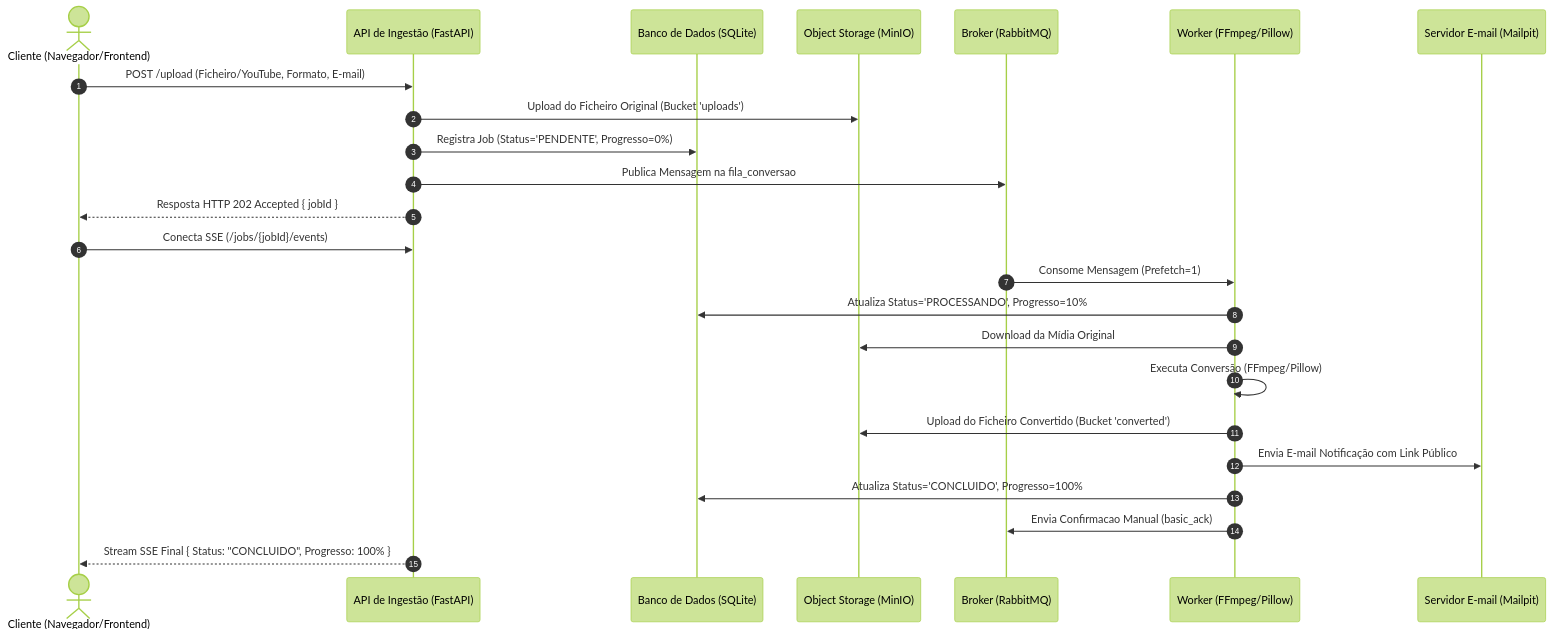
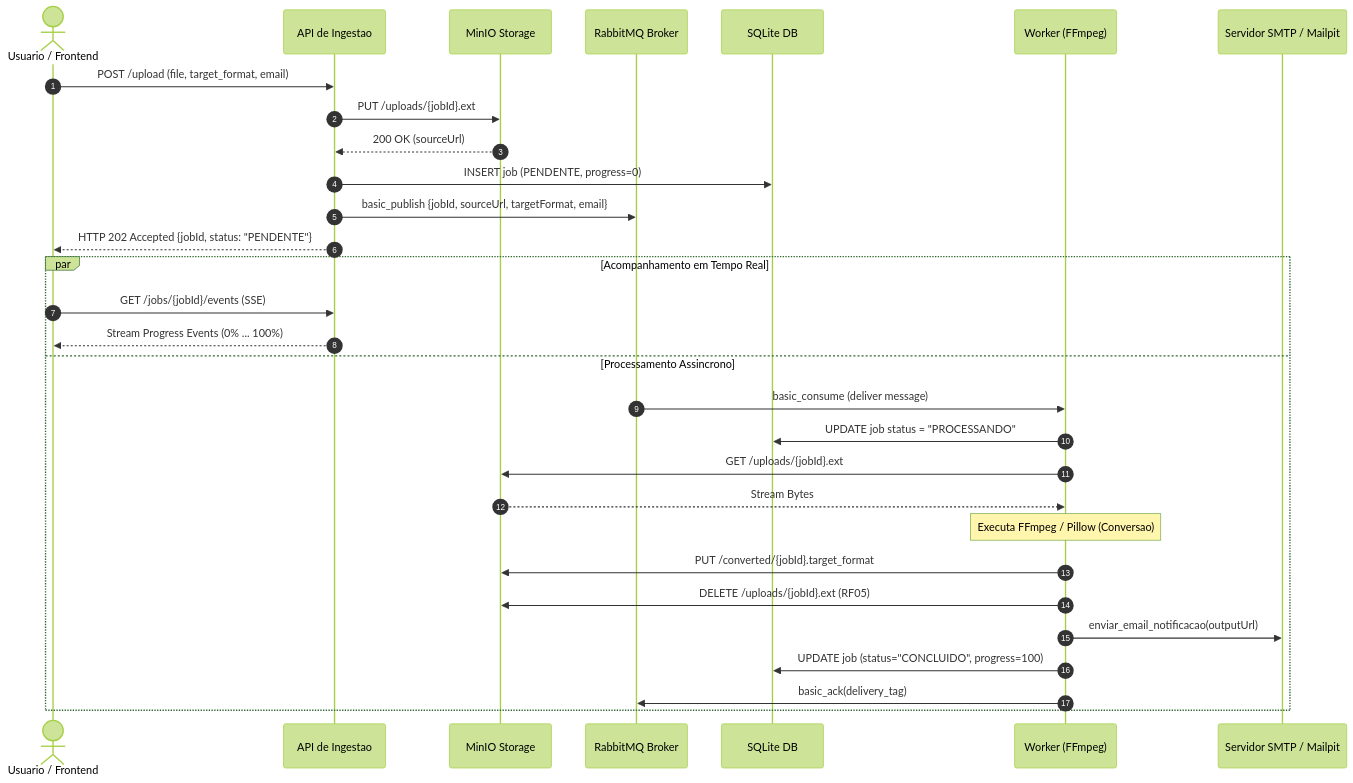
One commit to Igomes11/Conversor-de-Midia changed the second of 2 diagrams in README.md. Above: the diagram before and after it, drawn with Mermaid (forest theme). The commit also changed other lines of this file, not shown here.

````diff
--- a/README.md
+++ b/README.md
@@ -175,30 +68,36 @@
 ```mermaid
 sequenceDiagram
     autonumber
-    actor Cliente as Cliente (Navegador/Frontend)
-    participant API as API de Ingestão (FastAPI)
-    participant DB as Banco de Dados (SQLite)
-    participant MinIO as Object Storage (MinIO)
-    participant RabbitMQ as Broker (RabbitMQ)
-    participant Worker as Worker (FFmpeg/Pillow)
-    participant Mailpit as Servidor E-mail (Mailpit)
+    actor User as Usuario / Frontend
+    participant API as API de Ingestao
+    participant MinIO as MinIO Storage
+    participant RabbitMQ as RabbitMQ Broker
+    participant DB as SQLite DB
+    participant Worker as Worker (FFmpeg)
+    participant SMTP as Servidor SMTP / Mailpit
 
-    Cliente->>API: POST /upload (Ficheiro/YouTube, Formato, E-mail)
-    API->>MinIO: Upload do Ficheiro Original (Bucket 'uploads')
-    API->>DB: Registra Job (Status='PENDENTE', Progresso=0%)
-    API->>RabbitMQ: Publica Mensagem na fila_conversao
-    API-->>Cliente: Resposta HTTP 202 Accepted { jobId }
-    
-    Cliente->>API: Conecta SSE (/jobs/{jobId}/events)
-    
-    RabbitMQ->>Worker: Consome Mensagem (Prefetch=1)
-    Worker->>DB: Atualiza Status='PROCESSANDO', Progresso=10%
-    Worker->>MinIO: Download da Mídia Original
-    Worker->>Worker: Executa Conversão (FFmpeg/Pillow)
-    Worker->>MinIO: Upload do Ficheiro Convertido (Bucket 'converted')
-    Worker->>Mailpit: Envia E-mail Notificação com Link Público
-    Worker->>DB: Atualiza Status='CONCLUIDO', Progresso=100%
-    Worker->>RabbitMQ: Envia Confirmacao Manual (basic_ack)
-    
-    API-->>Cliente: Stream SSE Final { Status: "CONCLUIDO", Progresso: 100% }
+    User->>API: POST /upload (file, target_format, email)
+    API->>MinIO: PUT /uploads/{jobId}.ext
+    MinIO-->>API: 200 OK (sourceUrl)
+    API->>DB: INSERT job (PENDENTE, progress=0)
+    API->>RabbitMQ: basic_publish {jobId, sourceUrl, targetFormat, email}
+    API-->>User: HTTP 202 Accepted {jobId, status: "PENDENTE"}
+
+    par Acompanhamento em Tempo Real
+        User->>API: GET /jobs/{jobId}/events (SSE)
+        API-->>User: Stream Progress Events (0% ... 100%)
+    and Processamento Assincrono
+        RabbitMQ->>Worker: basic_consume (deliver message)
+        Worker->>DB: UPDATE job status = "PROCESSANDO"
+        Worker->>MinIO: GET /uploads/{jobId}.ext
+        MinIO-->>Worker: Stream Bytes
+        
+        Note over Worker: Executa FFmpeg / Pillow (Conversao)
+        
+        Worker->>MinIO: PUT /converted/{jobId}.target_format
+        Worker->>MinIO: DELETE /uploads/{jobId}.ext (RF05)
+        Worker->>SMTP: enviar_email_notificacao(outputUrl)
+        Worker->>DB: UPDATE job (status="CONCLUIDO", progress=100)
+        Worker->>RabbitMQ: basic_ack(delivery_tag)
+    end
 ```
````
